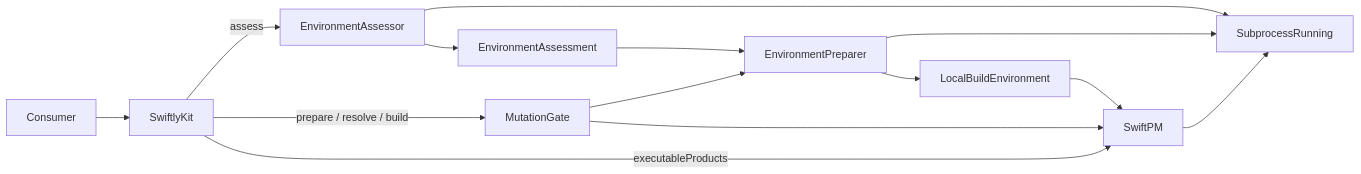
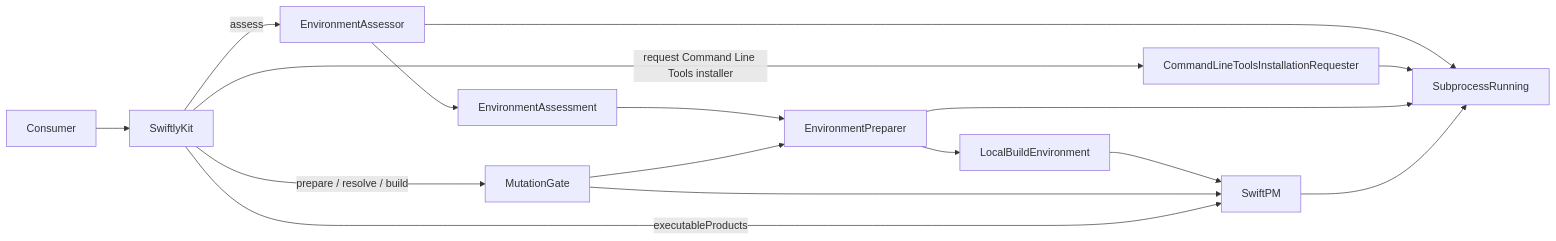
One commit to mottzi/SwiftlyKit changed the diagram in Documentation/Architecture.md. Above: the diagram before and after it, drawn with Mermaid. The commit also changed other lines of this file and 20 other files, not shown here.

````diff
--- a/Documentation/Architecture.md
+++ b/Documentation/Architecture.md
@@ -7,16 +7,18 @@
 ```mermaid
 flowchart LR
     Consumer --> Facade[SwiftlyKit]
+    Facade -->|request Command Line Tools installer| Requester[CommandLineToolsInstallationRequester]
     Facade -->|assess| Assessor[EnvironmentAssessor]
     Assessor --> Assessment[EnvironmentAssessment]
     Assessment --> Preparer[EnvironmentPreparer]
     Preparer --> Environment[LocalBuildEnvironment]
     Environment --> SwiftPM
     Facade -->|prepare / resolve / build| Gate[MutationGate]
     Gate --> Preparer
     Gate --> SwiftPM
     Facade -->|executableProducts| SwiftPM
     Assessor --> Process[SubprocessRunning]
+    Requester --> Process
     Preparer --> Process
     SwiftPM --> Process
 ```
````
